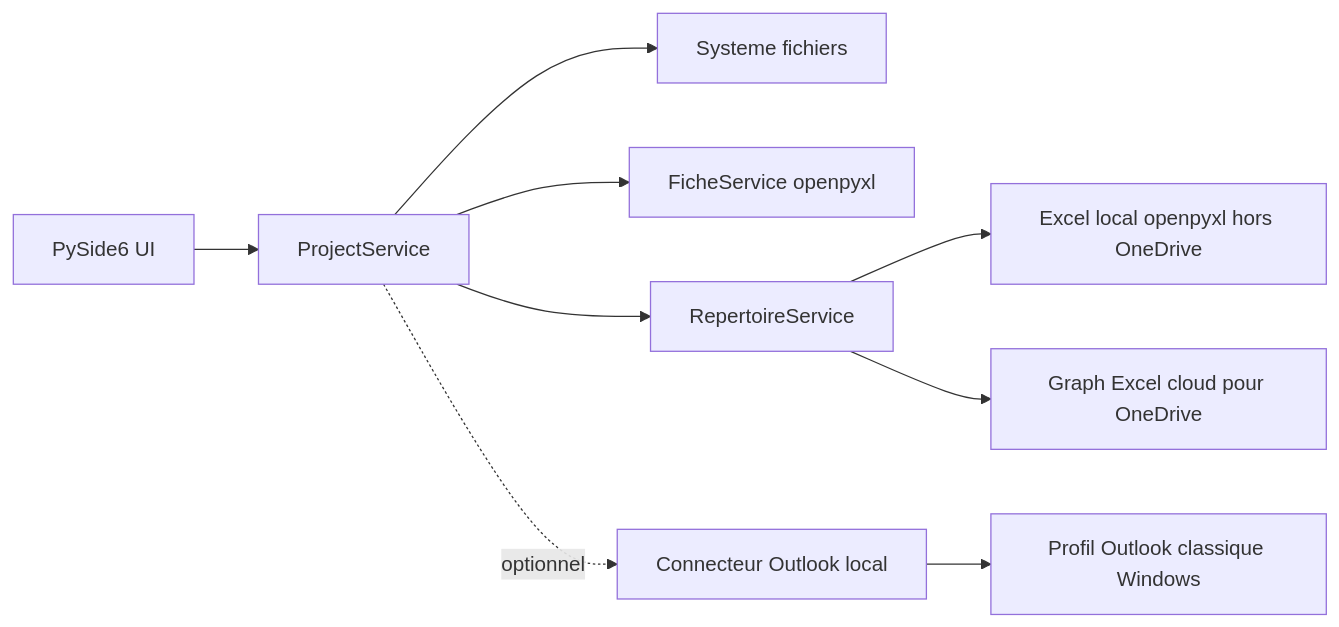
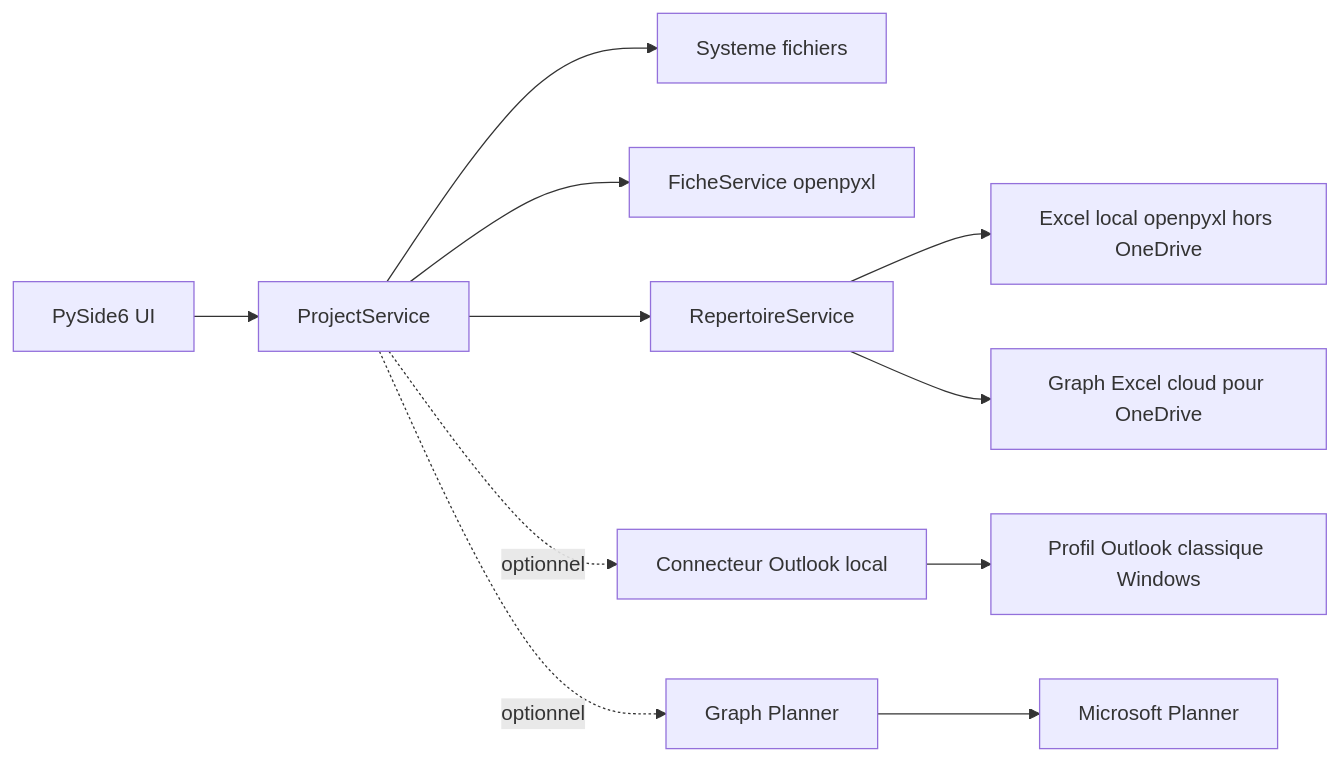
One commit to LionelMds/projectflow-automator changed the first of 4 diagrams in docs/architecture.md. Above: the diagram before and after it, drawn with Mermaid. The commit also changed other lines of this file and 22 other files, not shown here.

````diff
--- a/docs/architecture.md
+++ b/docs/architecture.md
@@ -5,11 +5,13 @@
 ```mermaid
 flowchart LR
   UI["PySide6 UI"] --> Service["ProjectService"]
   Service --> FS["Systeme fichiers"]
   Service --> Fiche["FicheService openpyxl"]
   Service --> Repertoire["RepertoireService"]
   Repertoire --> LocalExcel["Excel local openpyxl hors OneDrive"]
   Repertoire --> GraphExcel["Graph Excel cloud pour OneDrive"]
   Service -. optionnel .-> Outlook["Connecteur Outlook local"]
   Outlook --> WinOutlook["Profil Outlook classique Windows"]
+  Service -. optionnel .-> Planner["Graph Planner"]
+  Planner --> M365["Microsoft Planner"]
 ```
````
